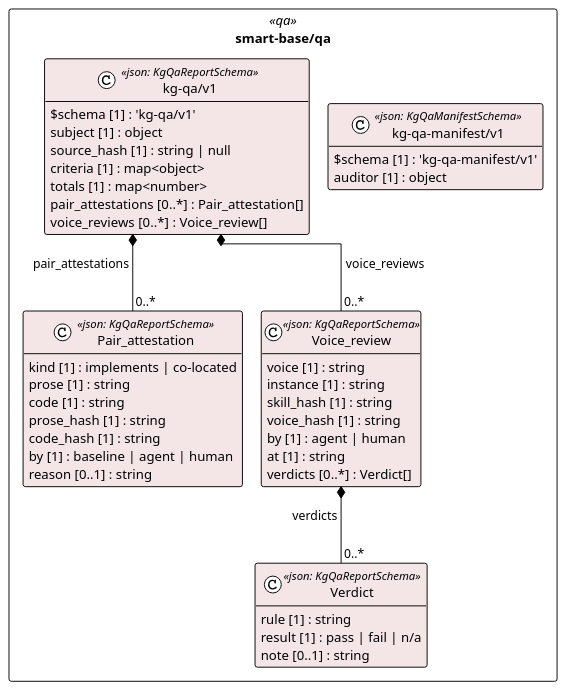
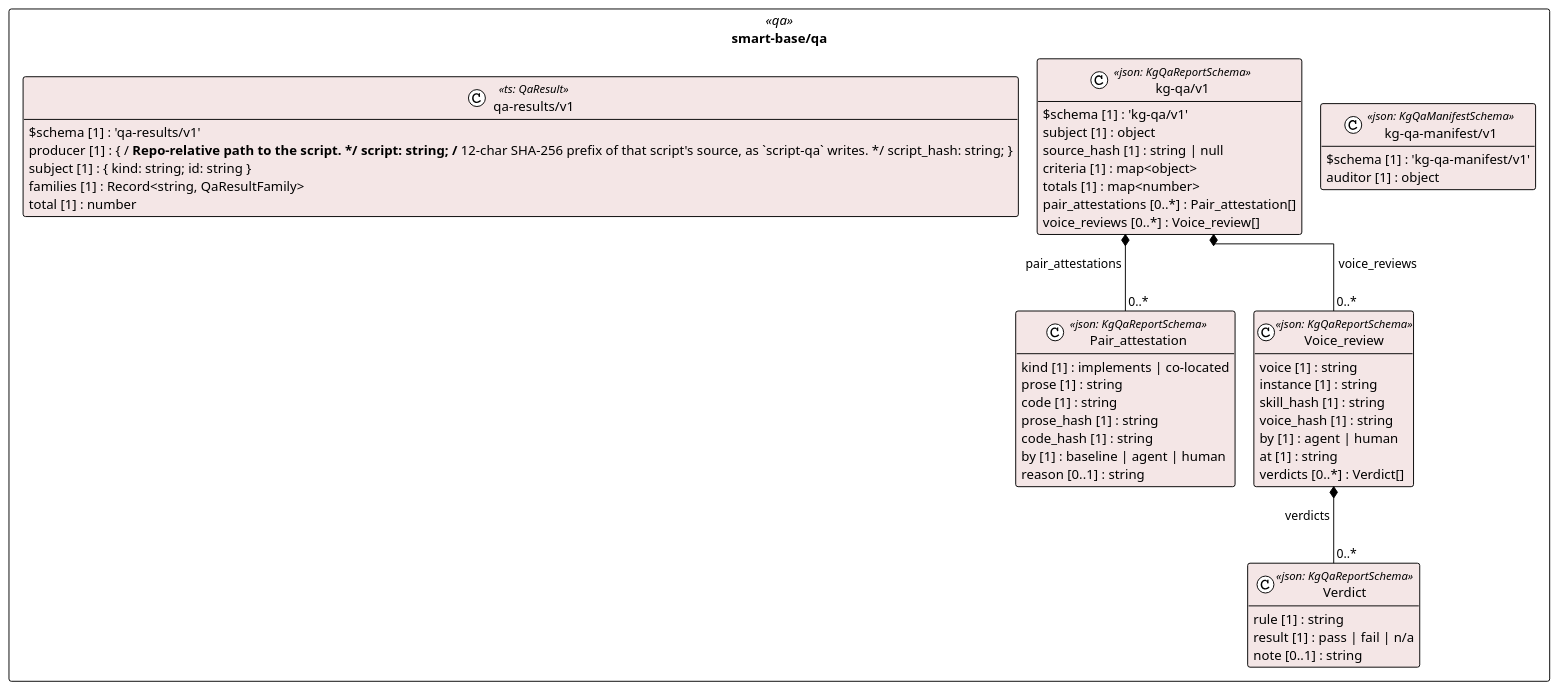
Before and after one commit to litlfred/folio-assistant: the diagram in cat-harness/uml/overview/smart-base/qa.puml, drawn with PlantUML. The commit also changed 30 other files, not shown here.

```diff
--- a/cat-harness/uml/overview/smart-base/qa.puml
+++ b/cat-harness/uml/overview/smart-base/qa.puml
@@ -3,51 +3,58 @@
 @startuml smart_base_qa
 !pragma layout elk
 !theme plain
 skinparam classAttributeIconSize 0
 skinparam shadowing false
 skinparam packageStyle rectangle
 hide empty methods
 
 package "smart-base/qa" as pkg_smart_base_qa <<qa>> {
   class "Pair_attestation" as smart_base_qa_kg_qa_v1_Pair_attestation <<json: KgQaReportSchema>> #f4e6e6 {
     kind [1] : implements | co-located
     prose [1] : string
     code [1] : string
     prose_hash [1] : string
     code_hash [1] : string
     by [1] : baseline | agent | human
     reason [0..1] : string
   }
   class "Verdict" as smart_base_qa_kg_qa_v1_Verdict <<json: KgQaReportSchema>> #f4e6e6 {
     rule [1] : string
     result [1] : pass | fail | n/a
     note [0..1] : string
   }
   class "Voice_review" as smart_base_qa_kg_qa_v1_Voice_review <<json: KgQaReportSchema>> #f4e6e6 {
     voice [1] : string
     instance [1] : string
     skill_hash [1] : string
     voice_hash [1] : string
     by [1] : agent | human
     at [1] : string
     verdicts [0..*] : Verdict[]
   }
   class "kg-qa/v1" as smart_base_qa_kg_qa_v1_kg_qa_v1 <<json: KgQaReportSchema>> #f4e6e6 {
     $schema [1] : 'kg-qa/v1'
     subject [1] : object
     source_hash [1] : string | null
     criteria [1] : map<object>
     totals [1] : map<number>
     pair_attestations [0..*] : Pair_attestation[]
     voice_reviews [0..*] : Voice_review[]
   }
   class "kg-qa-manifest/v1" as smart_base_qa_kg_qa_manifest_v1_kg_qa_manifest_v1 <<json: KgQaManifestSchema>> #f4e6e6 {
     $schema [1] : 'kg-qa-manifest/v1'
     auditor [1] : object
   }
+  class "qa-results/v1" as smart_base_qa_qa_results_v1 <<ts: QaResult>> #f4e6e6 {
+    $schema [1] : 'qa-results/v1'
+    producer [1] : { /** Repo-relative path to the script. */ script: string; /** 12-char SHA-256 prefix of that script's source, as `script-qa` writes. */ script_hash: string; }
+    subject [1] : { kind: string; id: string }
+    families [1] : Record<string, QaResultFamily>
+    total [1] : number
+  }
 }
 
 smart_base_qa_kg_qa_v1_kg_qa_v1 *-- "0..*" smart_base_qa_kg_qa_v1_Pair_attestation : pair_attestations
 smart_base_qa_kg_qa_v1_Voice_review *-- "0..*" smart_base_qa_kg_qa_v1_Verdict : verdicts
 smart_base_qa_kg_qa_v1_kg_qa_v1 *-- "0..*" smart_base_qa_kg_qa_v1_Voice_review : voice_reviews
 @enduml
```
